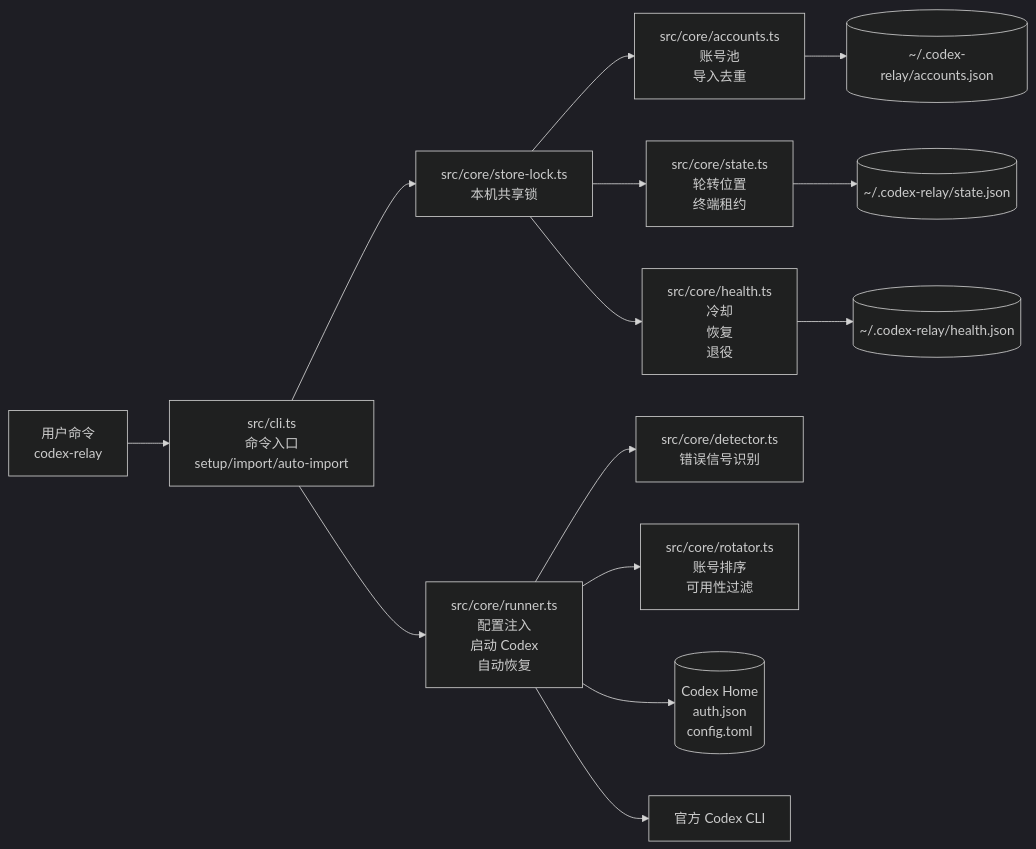
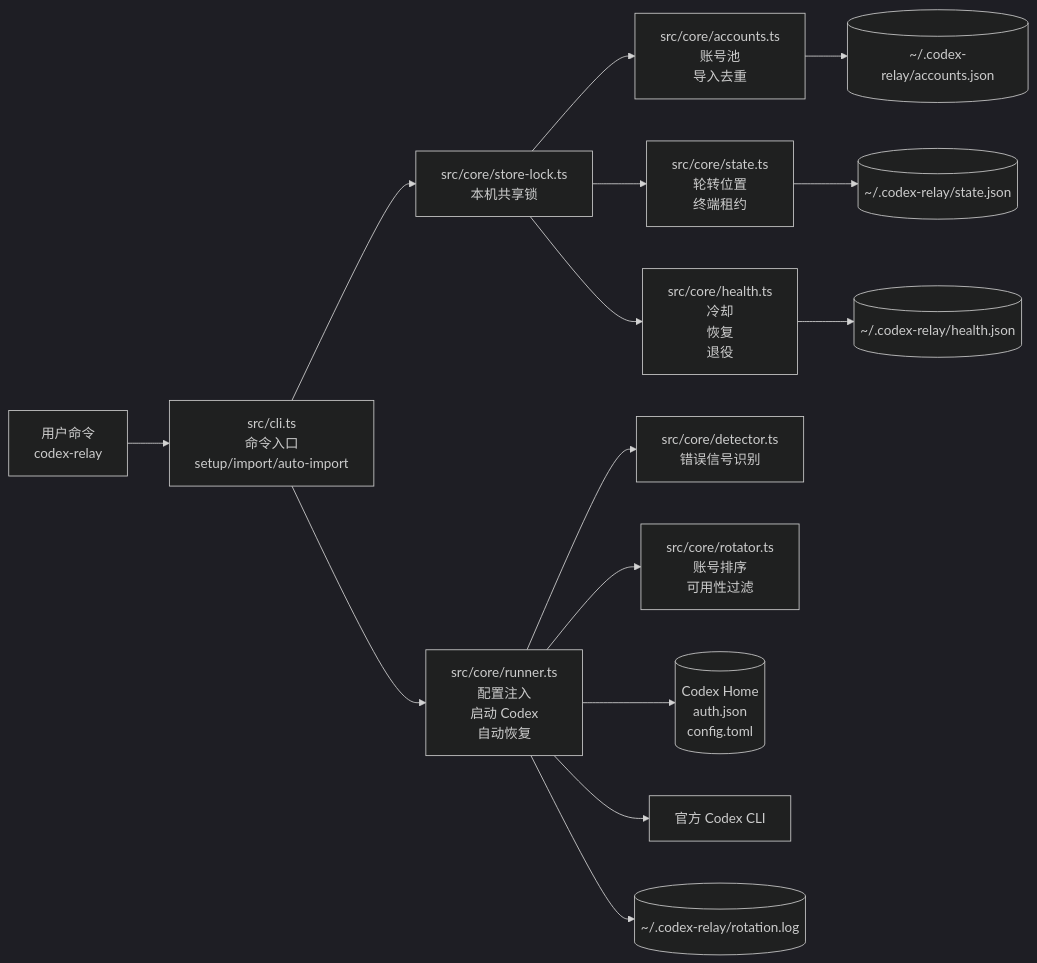
One commit to Albert-PZY/codex-relay changed the first of 3 diagrams in ARCHITECTURE.md. Above: the diagram before and after it, drawn with Mermaid (dark theme). The commit also changed other lines of this file and 7 other files, not shown here.

First line of the commit message:
fix: add rotation log and preserve resume order

````diff
--- a/ARCHITECTURE.md
+++ b/ARCHITECTURE.md
@@ -52,16 +53,17 @@
 ```mermaid
 flowchart LR
   User[用户命令<br>codex-relay] --> CLI[src/cli.ts<br>命令入口<br>setup/import/auto-import]
   CLI --> StoreLock[src/core/store-lock.ts<br>本机共享锁]
   StoreLock --> Accounts[src/core/accounts.ts<br>账号池<br>导入去重]
   StoreLock --> State[src/core/state.ts<br>轮转位置<br>终端租约]
   StoreLock --> Health[src/core/health.ts<br>冷却<br>恢复<br>退役]
   CLI --> Runner[src/core/runner.ts<br>配置注入<br>启动 Codex<br>自动恢复]
   Runner --> Detector[src/core/detector.ts<br>错误信号识别]
   Runner --> Rotator[src/core/rotator.ts<br>账号排序<br>可用性过滤]
   Runner --> CodexHome[(Codex Home<br>auth.json<br>config.toml)]
   Runner --> Codex[官方 Codex CLI]
   Accounts --> AccountsFile[(~/.codex-relay/accounts.json)]
   State --> StateFile[(~/.codex-relay/state.json)]
   Health --> HealthFile[(~/.codex-relay/health.json)]
+  Runner --> RotationLog[(~/.codex-relay/rotation.log)]
 ```
````
